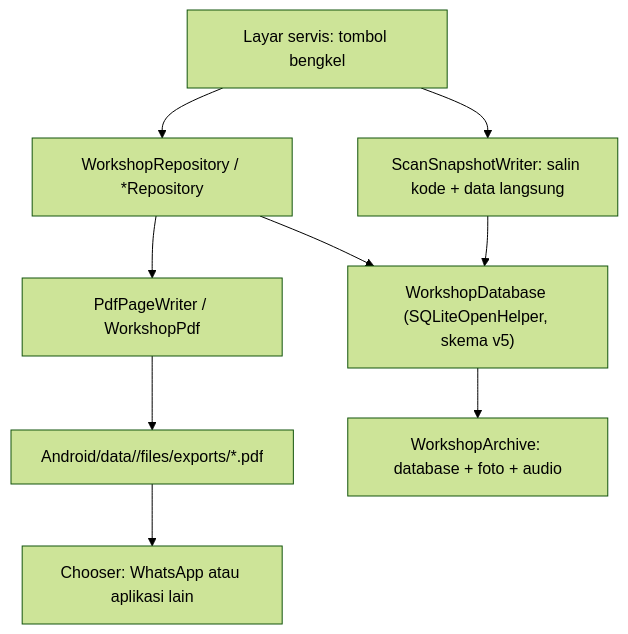
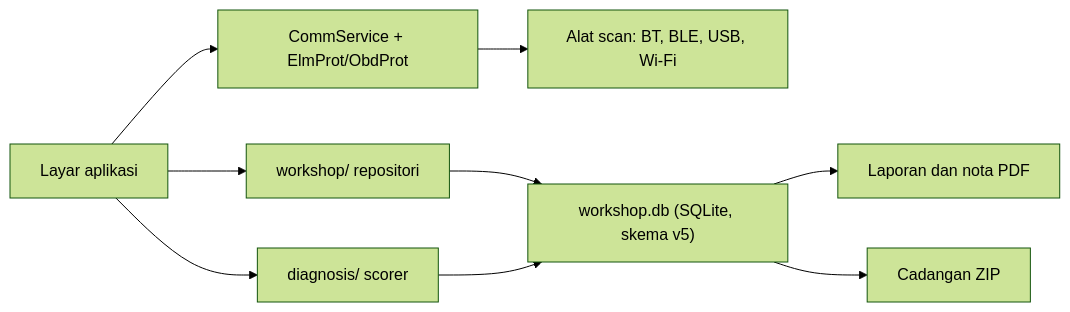
Before and after one commit to baniputrabangsawan/Bengkel-Scan: the diagram in README.md, drawn with Mermaid (forest theme). The commit also changed other lines of this file, not shown here.

First line of the commit message:
docs: remove internal notes and describe the app for readers

````diff
--- a/README.md
+++ b/README.md
@@ -492,11 +74,11 @@
 ```mermaid
-flowchart TD
-    UI["Layar servis: tombol bengkel"] --> REPO["WorkshopRepository / *Repository"]
-    REPO --> DB["WorkshopDatabase (SQLiteOpenHelper, skema v5)"]
-    UI --> SNAP["ScanSnapshotWriter: salin kode + data langsung"]
-    SNAP --> DB
-    REPO --> PDF["PdfPageWriter / WorkshopPdf"]
-    PDF --> FILES["Android/data/<pkg>/files/exports/*.pdf"]
-    FILES --> SHARE["Chooser: WhatsApp atau aplikasi lain"]
-    DB --> ZIP["WorkshopArchive: database + foto + audio"]
+flowchart LR
+    UI["Layar aplikasi"] --> OBD["CommService + ElmProt/ObdProt"]
+    OBD --> TOOL["Alat scan: BT, BLE, USB, Wi-Fi"]
+    UI --> REPO["workshop/ repositori"]
+    REPO --> DB["workshop.db (SQLite, skema v5)"]
+    UI --> DIAG["diagnosis/ scorer"]
+    DIAG --> DB
+    DB --> PDF["Laporan dan nota PDF"]
+    DB --> ZIP["Cadangan ZIP"]
 ```
````
